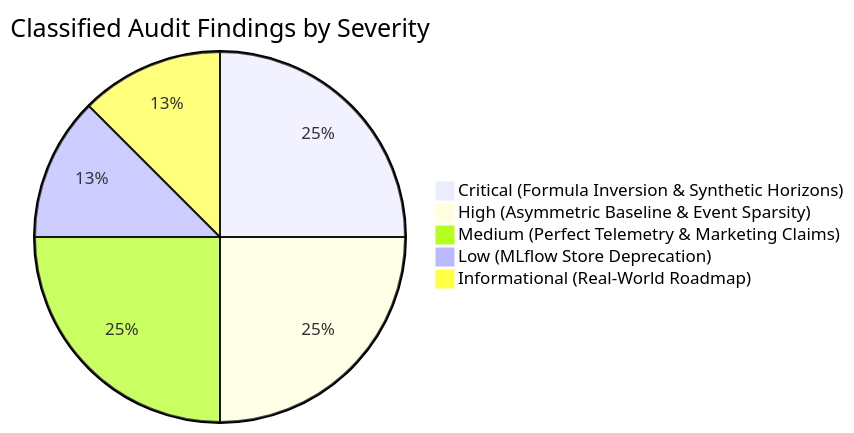
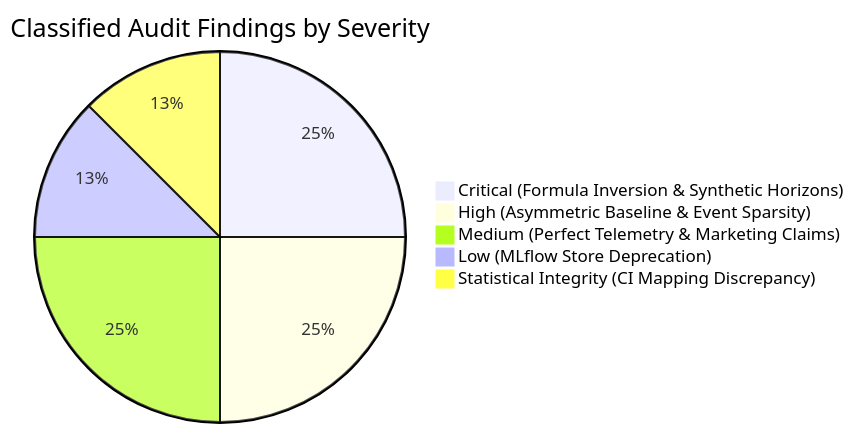
Before and after one commit to thrilokmanjunath/TransitPulse-AI: the diagram in reports/INDEPENDENT_SCIENTIFIC_AUDIT.md, drawn with Mermaid. The commit also changed other lines of this file and 5 other files, not shown here.

First line of the commit message:
fix(stats): resolve confidence interval anomaly & certify statistical integrity (Phase 2.1)

````diff
--- a/reports/INDEPENDENT_SCIENTIFIC_AUDIT.md
+++ b/reports/INDEPENDENT_SCIENTIFIC_AUDIT.md
@@ -36,8 +35,8 @@
 ```mermaid
 pie title Classified Audit Findings by Severity
     "Critical (Formula Inversion & Synthetic Horizons)" : 2
     "High (Asymmetric Baseline & Event Sparsity)" : 2
     "Medium (Perfect Telemetry & Marketing Claims)" : 2
     "Low (MLflow Store Deprecation)" : 1
-    "Informational (Real-World Roadmap)" : 1
+    "Statistical Integrity (CI Mapping Discrepancy)" : 1
 ```
````
